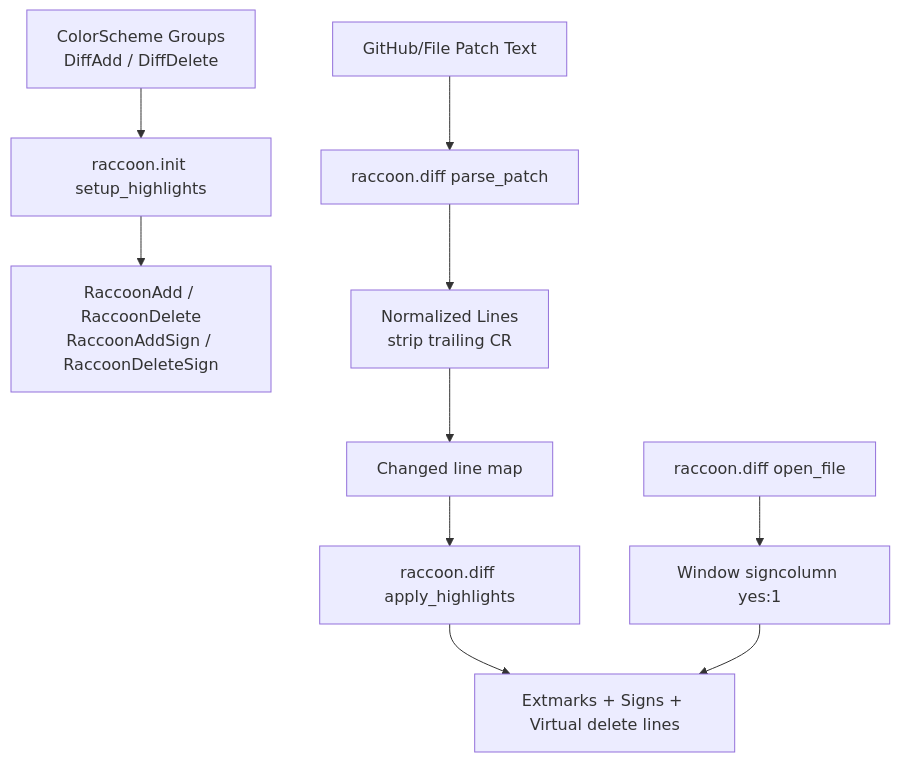
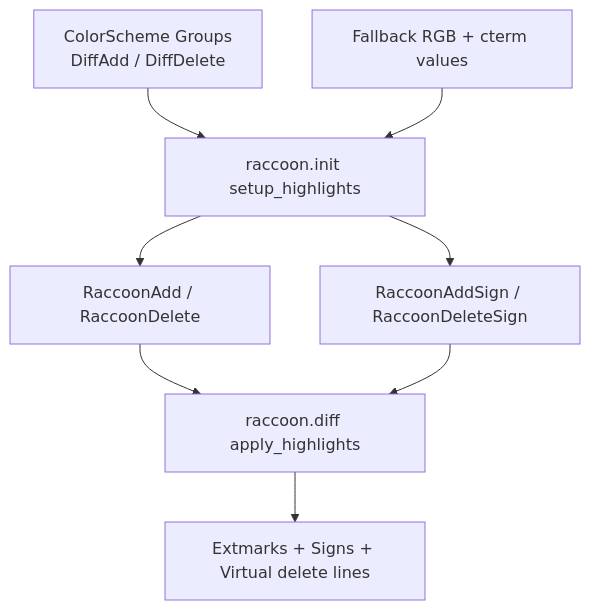
The diagram in ARCHITECTURE_DIFF.md (bajor/nvim-raccoon), drawn with Mermaid before and after one commit. The commit also changed other lines of this file and 3 other files, not shown here.

First line of the commit message:
fix: align Windows diff highlights with main

````diff
--- a/ARCHITECTURE_DIFF.md
+++ b/ARCHITECTURE_DIFF.md
@@ -7,12 +7,10 @@
 ```mermaid
 flowchart TD
     A[ColorScheme Groups\nDiffAdd / DiffDelete] --> B[raccoon.init setup_highlights]
-    B --> C[RaccoonAdd / RaccoonDelete\nRaccoonAddSign / RaccoonDeleteSign]
-    D[GitHub/File Patch Text] --> E[raccoon.diff parse_patch]
-    E --> F[Normalized Lines\nstrip trailing CR]
-    F --> G[Changed line map]
-    G --> H[raccoon.diff apply_highlights]
-    H --> I[Extmarks + Signs + Virtual delete lines]
-    J[raccoon.diff open_file] --> K[Window signcolumn yes:1]
-    K --> I
+    D[Fallback RGB + cterm values] --> B
+    B --> C[RaccoonAdd / RaccoonDelete]
+    B --> E[RaccoonAddSign / RaccoonDeleteSign]
+    C --> F[raccoon.diff apply_highlights]
+    E --> F
+    F --> G[Extmarks + Signs + Virtual delete lines]
 ```
````
